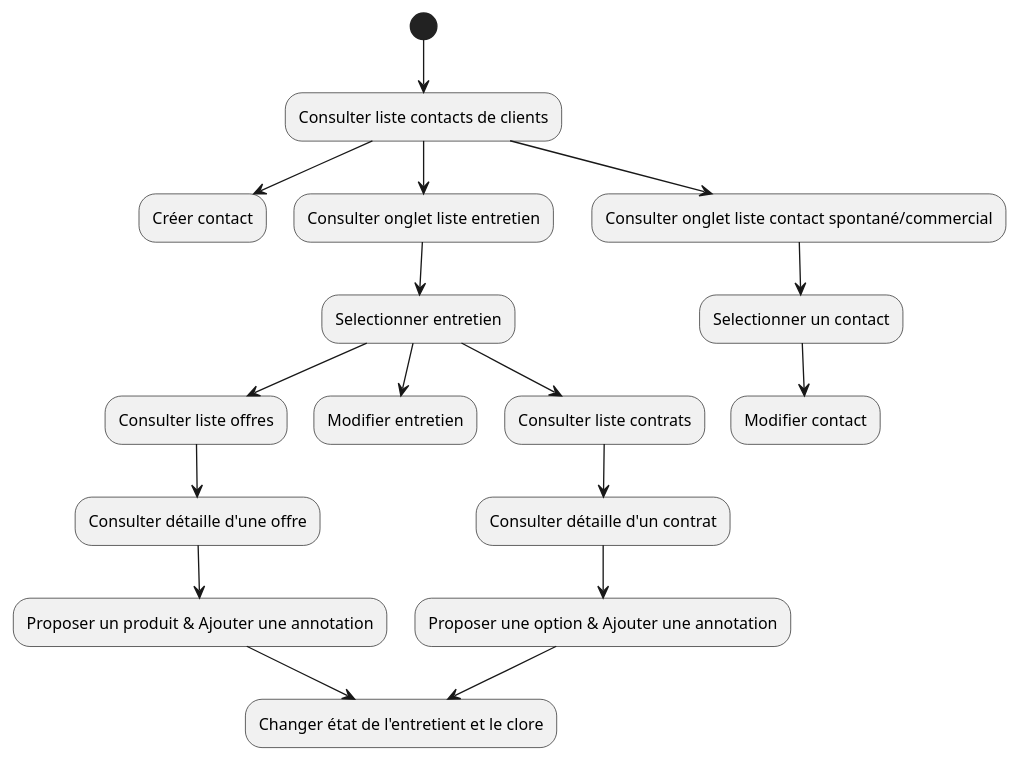
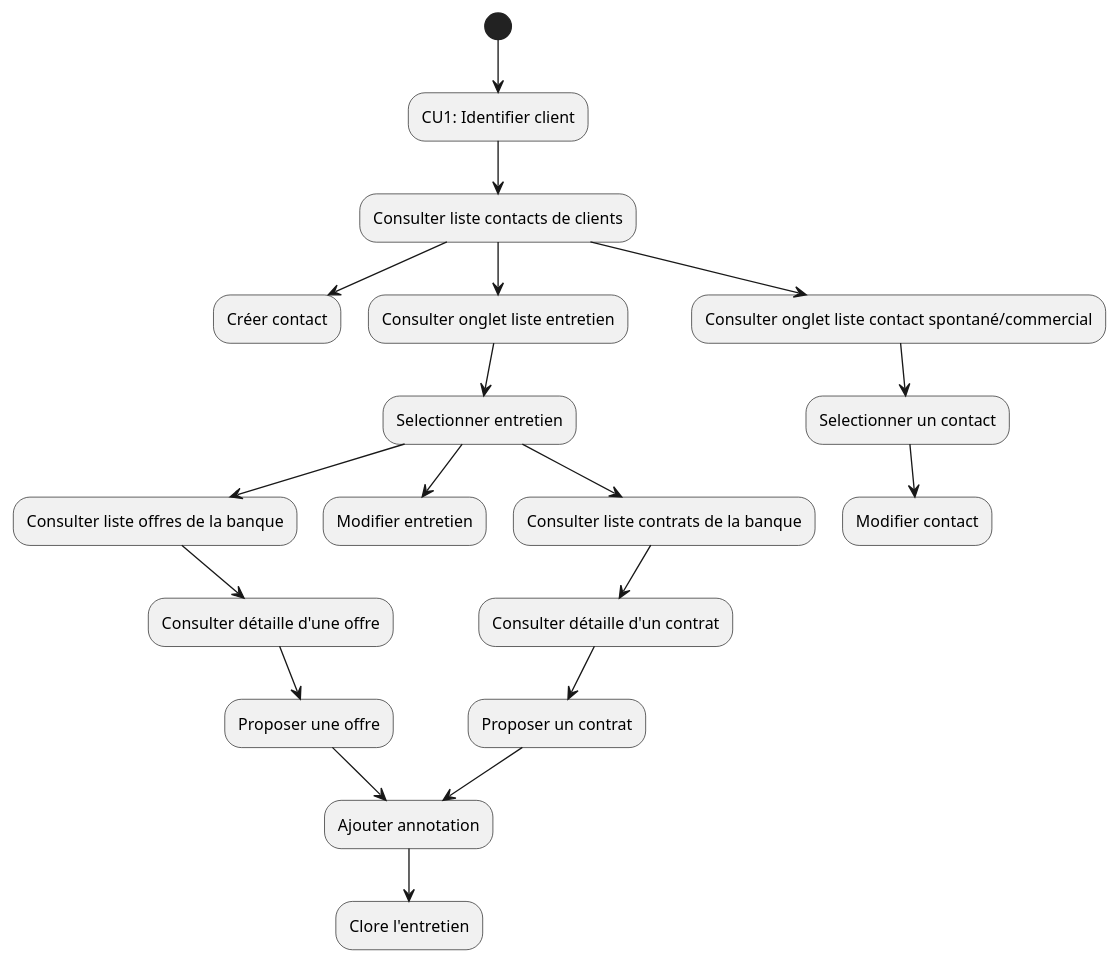
Before and after one commit to HZjiadong/PLD-MARS: the diagram in src/documentation/CU3-DA.puml, drawn with PlantUML. The commit also changed 2 other files, not shown here.

```diff
--- a/src/documentation/CU3-DA.puml
+++ b/src/documentation/CU3-DA.puml
@@ -1,30 +1,31 @@
 @startuml
 
-(*) --> "Consulter liste contacts de clients"
-
+(*) --> "CU1: Identifier client"
+"CU1: Identifier client" --> "Consulter liste contacts de clients"
 "Consulter liste contacts de clients" -->"Créer contact"
 
 
 "Consulter liste contacts de clients" -->"Consulter onglet liste entretien"
 
 "Consulter onglet liste entretien"-->"Selectionner entretien"
 
-"Selectionner entretien"-->"Consulter liste offres"
-"Consulter liste offres"-->"Consulter détaille d'une offre"
--->"Proposer un produit & Ajouter une annotation"
+"Selectionner entretien"-->"Consulter liste offres de la banque"
+-->"Consulter détaille d'une offre"
+-->"Proposer une offre"
 
 "Selectionner entretien"-->"Modifier entretien"
 
-"Selectionner entretien"-->"Consulter liste contrats"
+"Selectionner entretien"-->"Consulter liste contrats de la banque"
 -->"Consulter détaille d'un contrat"
--->"Proposer une option & Ajouter une annotation"
+-->"Proposer un contrat"
 
-"Proposer une option & Ajouter une annotation"-->"Changer état de l'entretient et le clore"
-"Proposer un produit & Ajouter une annotation"-->"Changer état de l'entretient et le clore"
+"Proposer un contrat"-->"Ajouter annotation"
+"Proposer une offre"-->"Ajouter annotation"
+-->"Clore l'entretien"
 
 "Consulter liste contacts de clients" -->"Consulter onglet liste contact spontané/commercial"
 -->"Selectionner un contact"
 "Selectionner un contact"-->"Modifier contact"
 
 
 @enduml
```
